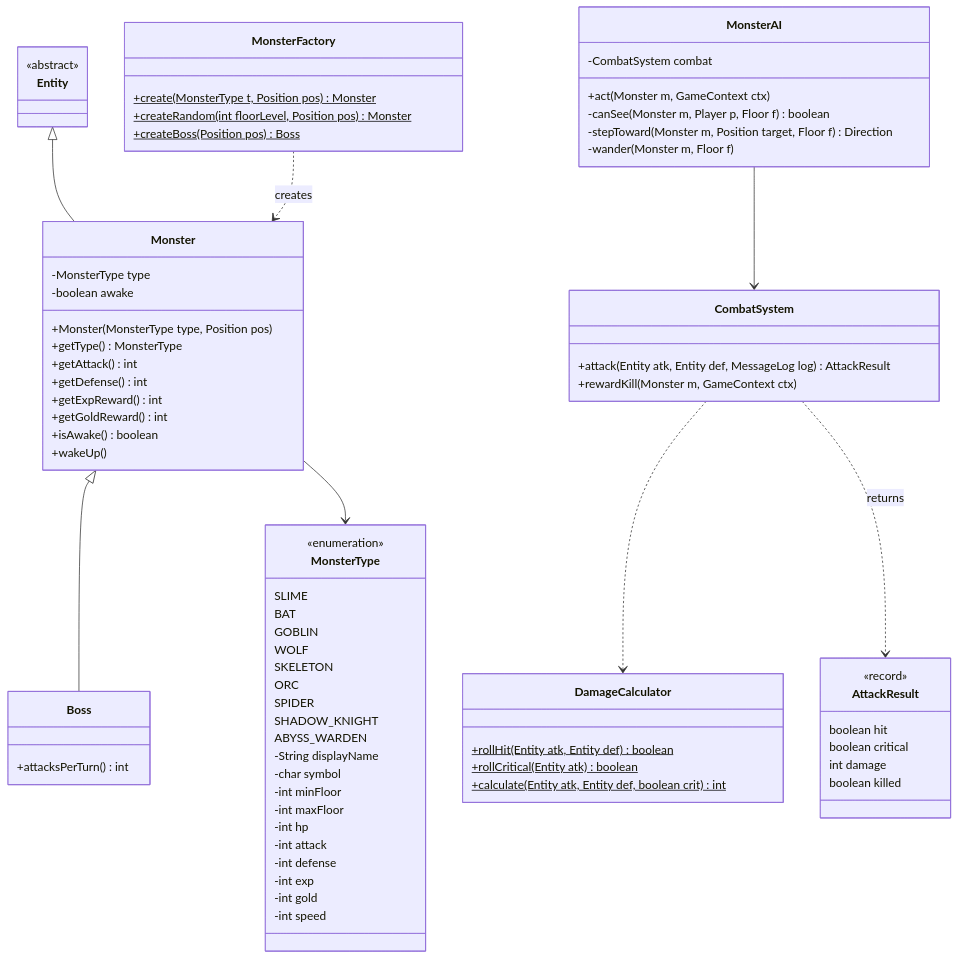
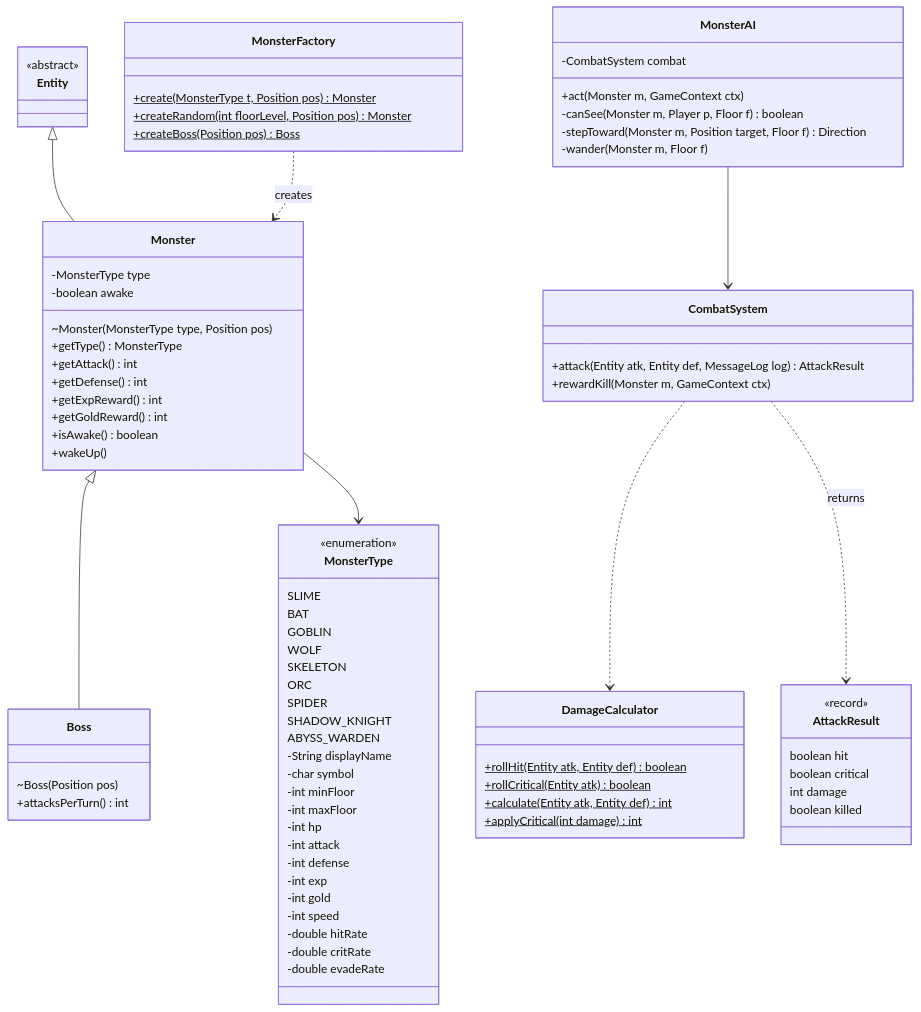
Before and after one commit to likelion-boot-camp-28th/side-project01-team01: the fourth of 9 diagrams in docs/Class-Diagram.md, drawn with Mermaid. The commit also changed other lines of this file and 1 other file, not shown here.

Commit message:
docs: C파트 명세를 구현에 맞춰 수정
- 몬스터 확률 스탯(hitRate·critRate·evadeRate)을 MonsterType에서 계산하도록 반영
- DamageCalculator.calculate()에서 치명타 처리를 applyCritical()로 분리
- Monster·Boss 생성자를 package-private으로 표기 (Team_Rules 1.2)
- Project-Plan 패키지 구조에서 MonsterAI를 combat으로 정정 (패키지 의존 규칙)

```diff
--- a/docs/Class-Diagram.md
+++ b/docs/Class-Diagram.md
@@ -378,7 +378,7 @@
     class Monster {
         -MonsterType type
         -boolean awake
-        +Monster(MonsterType type, Position pos)
+        ~Monster(MonsterType type, Position pos)
         +getType() MonsterType
         +getAttack() int
         +getDefense() int
@@ -388,6 +388,7 @@
         +wakeUp()
     }
     class Boss {
+        ~Boss(Position pos)
         +attacksPerTurn() int
     }
     class MonsterType {
@@ -411,6 +412,9 @@
         -int exp
         -int gold
         -int speed
+        -double hitRate
+        -double critRate
+        -double evadeRate
     }
     class MonsterFactory {
         +create(MonsterType t, Position pos)$ Monster
@@ -431,7 +435,8 @@
     class DamageCalculator {
         +rollHit(Entity atk, Entity def)$ boolean
         +rollCritical(Entity atk)$ boolean
-        +calculate(Entity atk, Entity def, boolean crit)$ int
+        +calculate(Entity atk, Entity def)$ int
+        +applyCritical(int damage)$ int
     }
     class AttackResult {
         <<record>>
```
